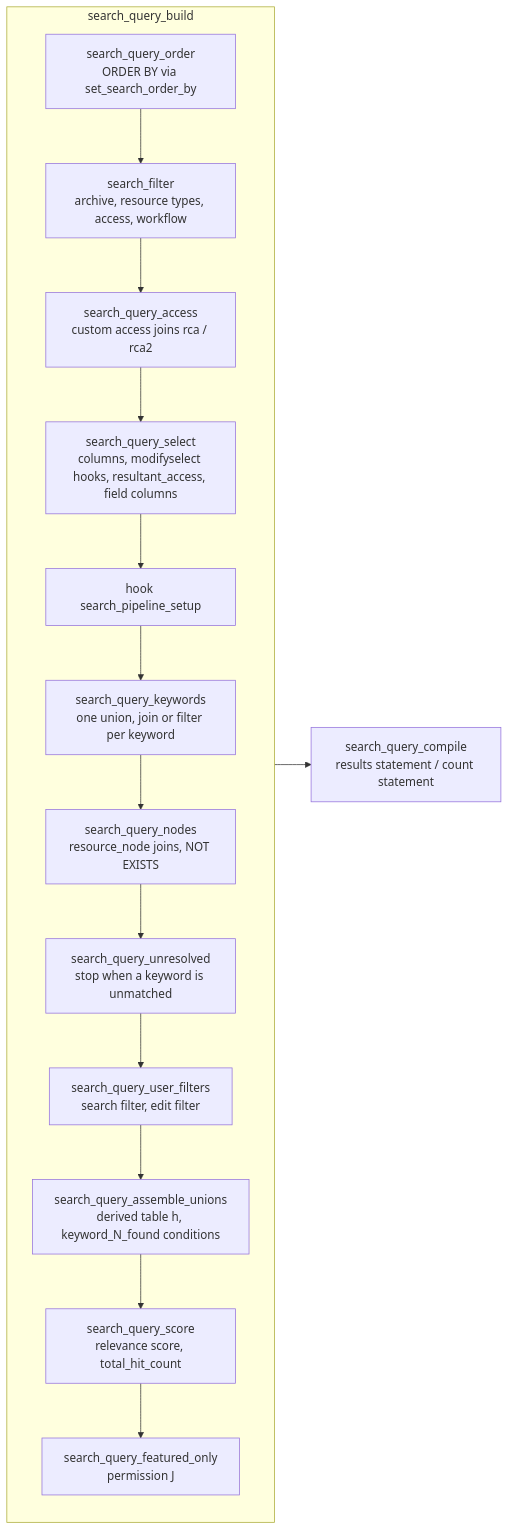
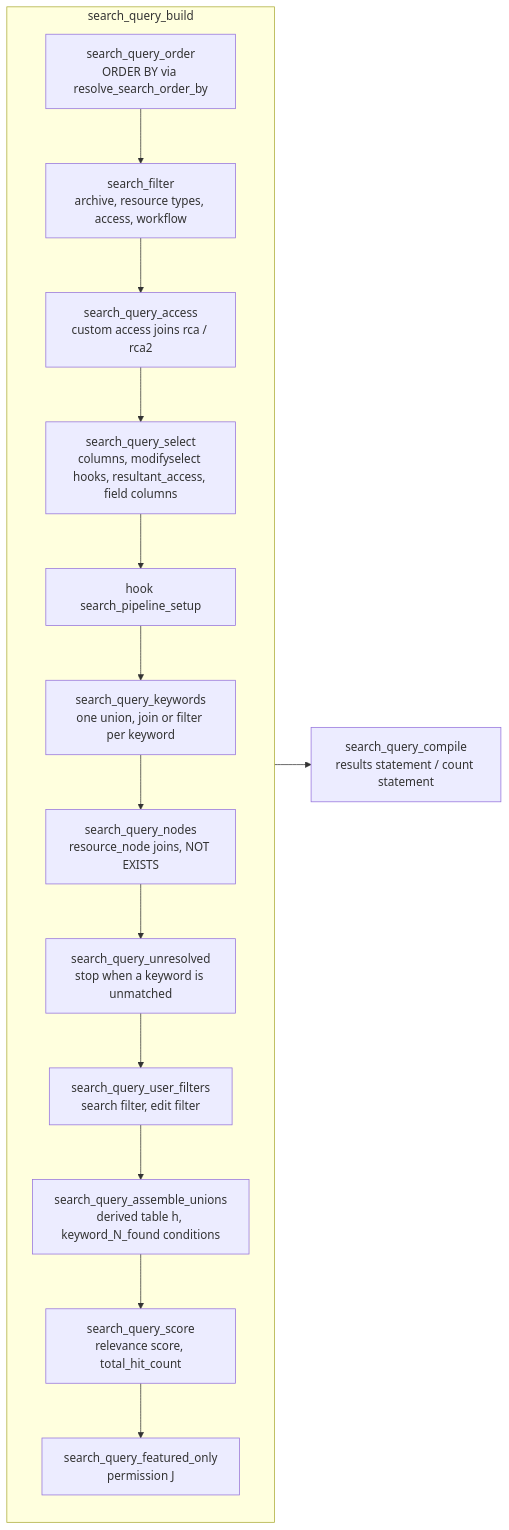
Before and after one commit to cwe/resourcespace: the second of 5 diagrams in documentation/search_pipeline.md, drawn with Mermaid. The commit also changed other lines of this file and 15 other files, not shown here.

````diff
--- a/documentation/search_pipeline.md
+++ b/documentation/search_pipeline.md
@@ -61,18 +67,18 @@
 ```mermaid
 flowchart LR
     subgraph build [search_query_build]
         direction TB
-        O[search_query_order<br>ORDER BY via set_search_order_by] --> F[search_filter<br>archive, resource types, access, workflow]
+        O[search_query_order<br>ORDER BY via resolve_search_order_by] --> F[search_filter<br>archive, resource types, access, workflow]
         F --> A[search_query_access<br>custom access joins rca / rca2]
         A --> S[search_query_select<br>columns, modifyselect hooks, resultant_access, field columns]
         S --> P[hook search_pipeline_setup]
         P --> K[search_query_keywords<br>one union, join or filter per keyword]
         K --> N[search_query_nodes<br>resource_node joins, NOT EXISTS]
         N --> SU[search_query_unresolved<br>stop when a keyword is unmatched]
         SU --> UF[search_query_user_filters<br>search filter, edit filter]
         UF --> AU[search_query_assemble_unions<br>derived table h, keyword_N_found conditions]
         AU --> SC[search_query_score<br>relevance score, total_hit_count]
         SC --> FO[search_query_featured_only<br>permission J]
     end
     build --> C[search_query_compile<br>results statement / count statement]
 ```
````
